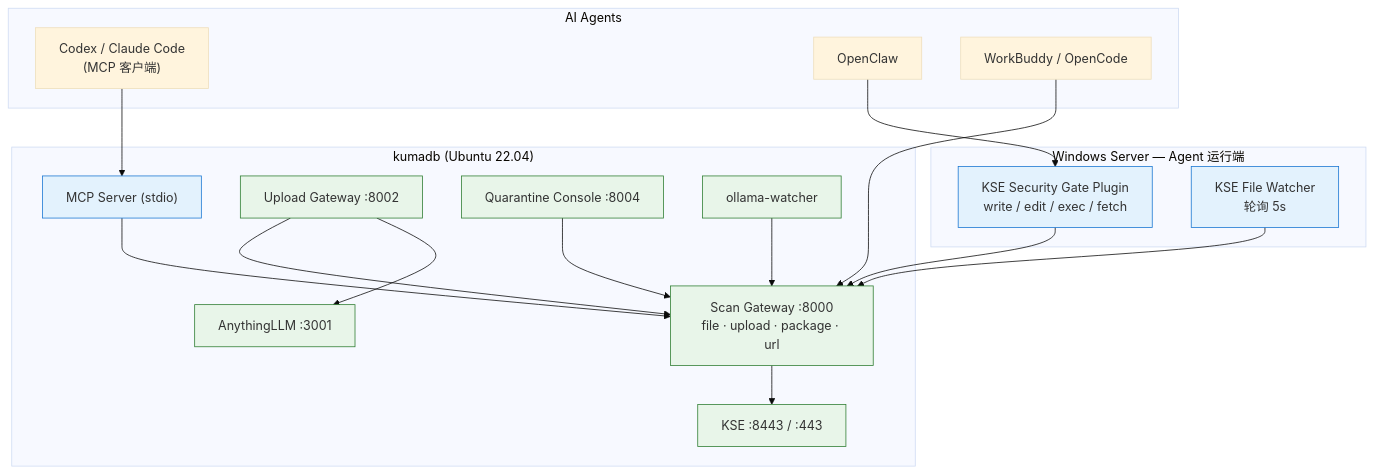
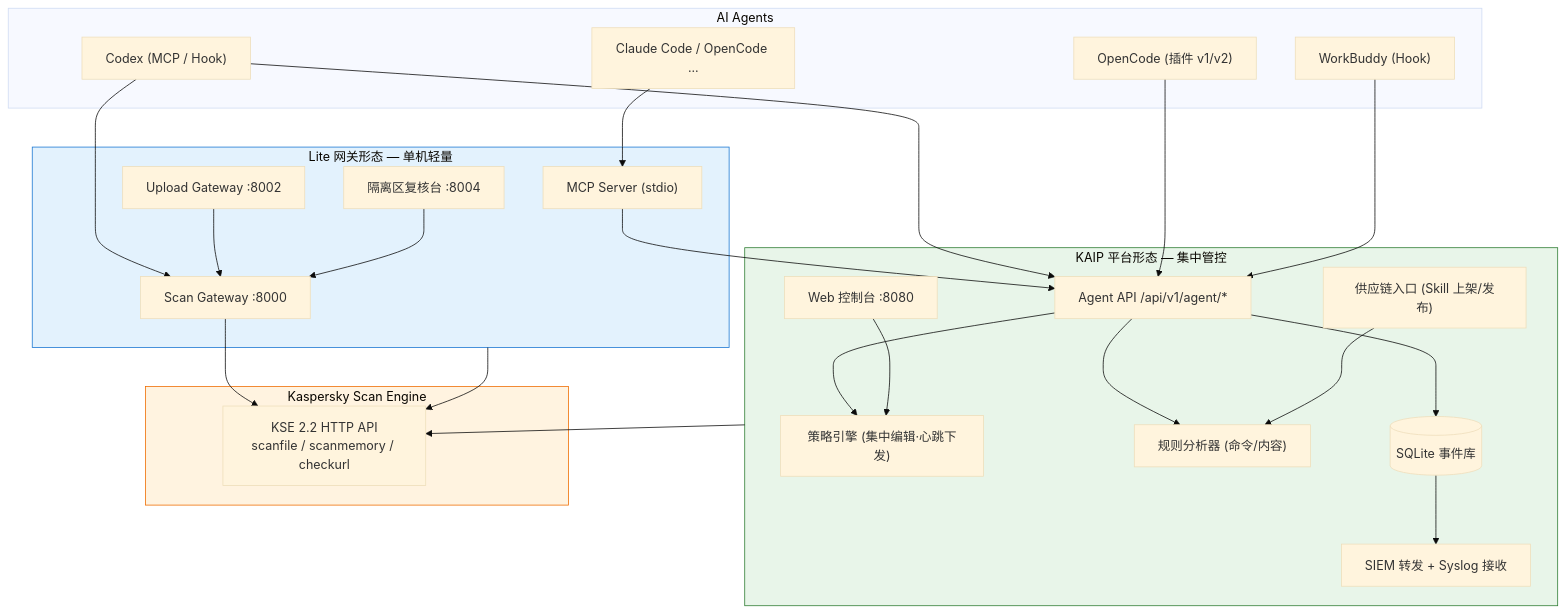
The diagram in README.md (prellfn/kse-ai-gateway), drawn with Mermaid (base theme) before and after one commit. The commit also changed other lines of this file and 100 other files, not shown here.

First line of the commit message:
feat: v1.5 - 整合 KAIP 平台与 Lite 网关为统一代码库

````diff
--- a/README.md
+++ b/README.md
@@ -76,45 +57,54 @@
 ```mermaid
 graph TB
     subgraph AGENTS["AI Agents"]
-        CODEX["Codex / Claude Code<br/>(MCP 客户端)"]
-        OC["OpenClaw"]
-        OTHER["WorkBuddy / OpenCode"]
+        CODEX["Codex (MCP / Hook)"]
+        OC["OpenCode (插件 v1/v2)"]
+        WB["WorkBuddy (Hook)"]
+        OTHER["Claude Code / OpenCode ..."]
     end
 
-    subgraph WS["Windows Server — Agent 运行端"]
-        PLUG["KSE Security Gate Plugin<br/>write / edit / exec / fetch"]
-        FW["KSE File Watcher<br/>轮询 5s"]
+    subgraph PLATFORM["KAIP 平台形态 — 集中管控"]
+        API["Agent API /api/v1/agent/*"]
+        POL["策略引擎 (集中编辑·心跳下发)"]
+        ANA["规则分析器 (命令/内容)"]
+        DB[("SQLite 事件库")]
+        SIEM["SIEM 转发 + Syslog 接收"]
+        CON["Web 控制台 :8080"]
+        SUP["供应链入口 (Skill 上架/发布)"]
     end
 
-    subgraph LINUX["kumadb (Ubuntu 22.04)"]
-        MCPS["MCP Server (stdio)"]
-        SG["Scan Gateway :8000<br/>file · upload · package · url"]
+    subgraph LITE["Lite 网关形态 — 单机轻量"]
+        SG["Scan Gateway :8000"]
         UG["Upload Gateway :8002"]
-        QC["Quarantine Console :8004"]
-        OW["ollama-watcher"]
-        KSE["KSE :8443 / :443"]
-        LLM["AnythingLLM :3001"]
+        QC["隔离区复核台 :8004"]
+        MCP["MCP Server (stdio)"]
     end
 
-    CODEX --> MCPS
-    OTHER --> SG
-    OC --> PLUG
-    PLUG --> SG
-    FW --> SG
-    MCPS --> SG
+    subgraph ENGINE["Kaspersky Scan Engine"]
+        KSE["KSE 2.2 HTTP API<br/>scanfile / scanmemory / checkurl"]
+    end
+
+    CODEX --> API
+    OC --> API
+    WB --> API
+    OTHER --> MCP
+    MCP --> API
+    API --> POL
+    API --> ANA
+    API --> DB
+    DB --> SIEM
+    CON --> POL
+    SUP --> ANA
+
+    CODEX --> SG
+    SG --> KSE
     UG --> SG
     QC --> SG
-    OW --> SG
-    SG --> KSE
-    UG --> LLM
 
-    style PLUG fill:#e3f2fd,stroke:#1976d2
-    style FW fill:#e3f2fd,stroke:#1976d2
-    style MCPS fill:#e3f2fd,stroke:#1976d2
-    style SG fill:#e8f5e9,stroke:#2e7d32
-    style UG fill:#e8f5e9,stroke:#2e7d32
-    style QC fill:#e8f5e9,stroke:#2e7d32
-    style OW fill:#e8f5e9,stroke:#2e7d32
-    style KSE fill:#e8f5e9,stroke:#2e7d32
-    style LLM fill:#e8f5e9,stroke:#2e7d32
+    PLATFORM --> KSE
+    LITE --> KSE
+
+    style PLATFORM fill:#e8f5e9,stroke:#2e7d32
+    style LITE fill:#e3f2fd,stroke:#1976d2
+    style ENGINE fill:#fff3e0,stroke:#ef6c00
 ```
````
